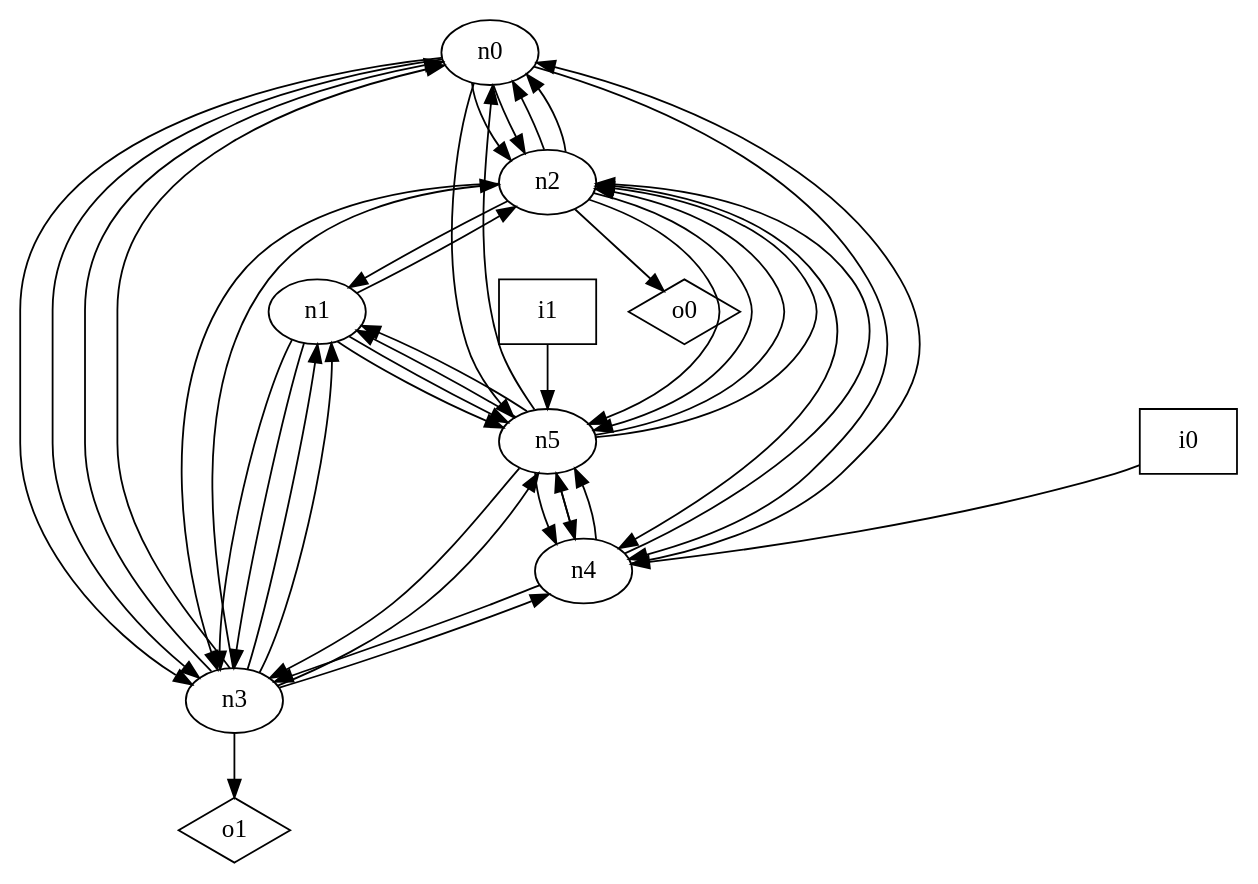
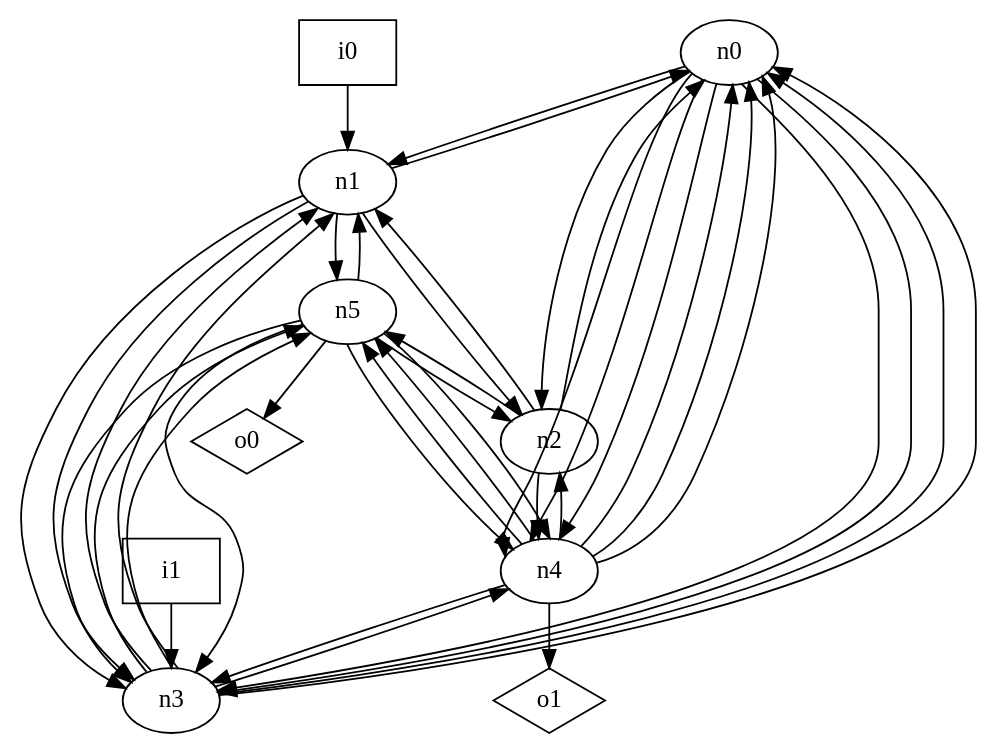
The diagram in dot_files/random_graph/undirected_loop_free_graph.dot (p9romain/bool-circuits), drawn with Graphviz before and after one commit. The commit also changed 215 other files, not shown here.

```diff
--- a/dot_files/random_graph/undirected_loop_free_graph.dot
+++ b/dot_files/random_graph/undirected_loop_free_graph.dot
@@ -1,54 +1,52 @@
 digraph G {
 n0 [label="n0"];
 n1 [label="n1"];
 n2 [label="n2"];
 n3 [label="n3"];
 n4 [label="n4"];
 n5 [label="n5"];
 n6 [label="i0",shape="box"];
 n7 [label="i1",shape="box"];
 n8 [label="o0",shape="diamond"];
 n9 [label="o1",shape="diamond"];
-n0 -> n2
+n0 -> n1
 n0 -> n2
 n0 -> n3
 n0 -> n3
 n0 -> n4
-n0 -> n5
+n0 -> n4
+n0 -> n4
+n1 -> n0
 n1 -> n2
 n1 -> n3
 n1 -> n3
 n1 -> n5
-n1 -> n5
-n2 -> n0
 n2 -> n0
 n2 -> n1
-n2 -> n3
 n2 -> n4
 n2 -> n5
-n2 -> n5
-n2 -> n8
 n3 -> n0
 n3 -> n0
 n3 -> n1
 n3 -> n1
-n3 -> n2
 n3 -> n4
 n3 -> n5
-n3 -> n9
+n3 -> n5
+n4 -> n0
+n4 -> n0
 n4 -> n0
 n4 -> n2
 n4 -> n3
 n4 -> n5
 n4 -> n5
-n5 -> n0
-n5 -> n1
+n4 -> n9
 n5 -> n1
 n5 -> n2
-n5 -> n2
+n5 -> n3
 n5 -> n3
 n5 -> n4
 n5 -> n4
-n6 -> n4
-n7 -> n5
+n5 -> n8
+n6 -> n1
+n7 -> n3
 }
```
